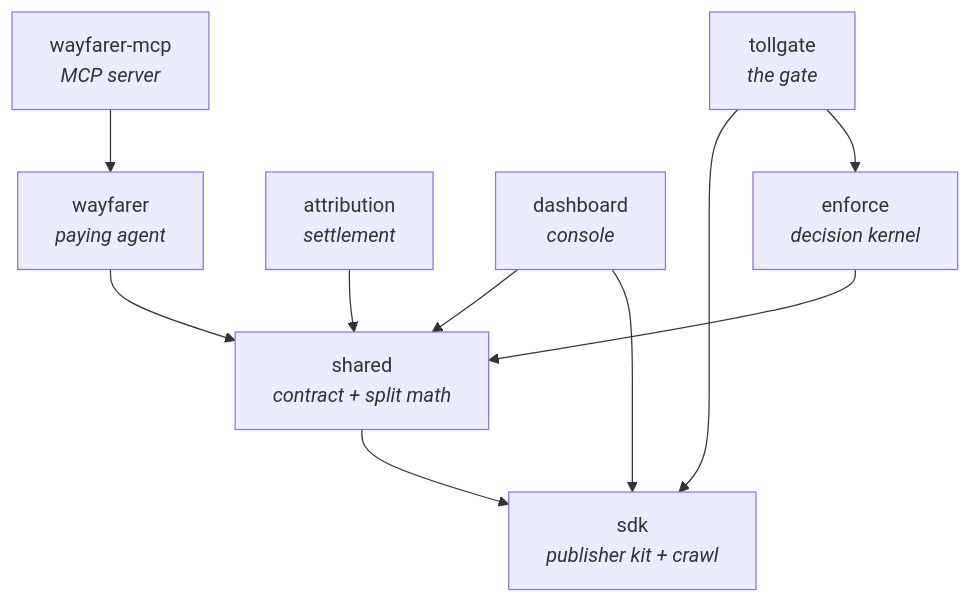
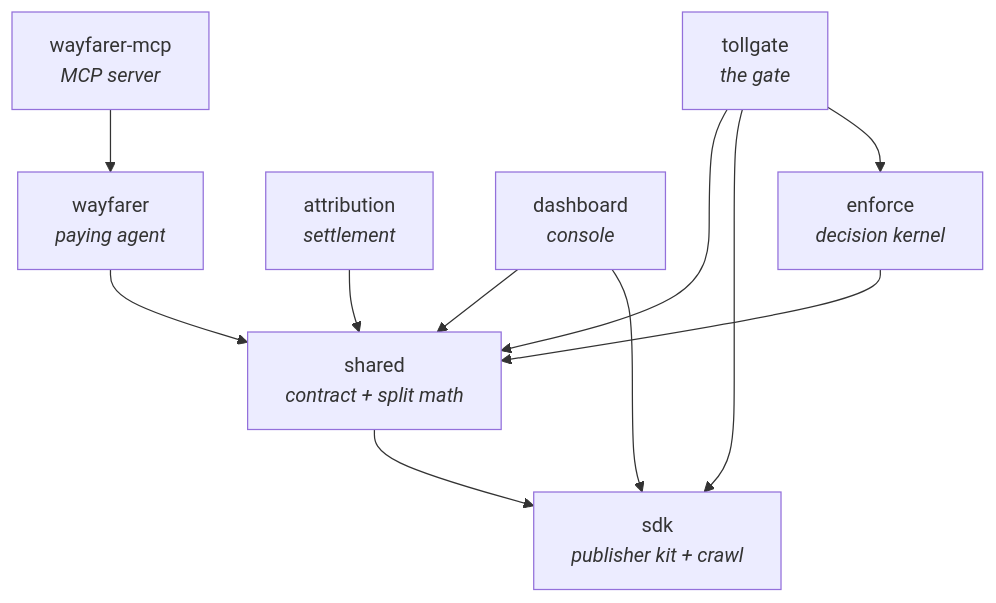
One commit to naulonapp/naulon changed the third of 4 diagrams in README.md. Above: the diagram before and after it, drawn with Mermaid. The commit also changed 1 other file, not shown here.

Commit message:
docs: fix reversed dependency direction in enforce README + complete the layer graph
The enforce README said 'the SDK imports @naulon/shared' — the reverse of the
real edge (shared depends on sdk, per package.json + the shared README). It now
sat under the Mermaid layer graph asserting the opposite. Correct it to '@naulon/
shared imports the SDK' and spell out the cycle an sdk→enforce edge would close
(sdk→enforce→shared→sdk). Also add the real tollgate→shared edge the README graph
was missing, so every direct dependency is shown consistently.

````diff
--- a/README.md
+++ b/README.md
@@ -228,21 +228,22 @@
 ```mermaid
 flowchart TD
     tollgate["tollgate<br/><i>the gate</i>"]
     wayfarer["wayfarer<br/><i>paying agent</i>"]
     wmcp["wayfarer-mcp<br/><i>MCP server</i>"]
     attribution["attribution<br/><i>settlement</i>"]
     dashboard["dashboard<br/><i>console</i>"]
     enforce["enforce<br/><i>decision kernel</i>"]
     shared["shared<br/><i>contract + split math</i>"]
     sdk["sdk<br/><i>publisher kit + crawl</i>"]
 
     tollgate --> enforce
     tollgate --> sdk
+    tollgate --> shared
     wmcp --> wayfarer
     wayfarer --> shared
     attribution --> shared
     dashboard --> sdk
     dashboard --> shared
     enforce --> shared
     shared --> sdk
 ```
````
